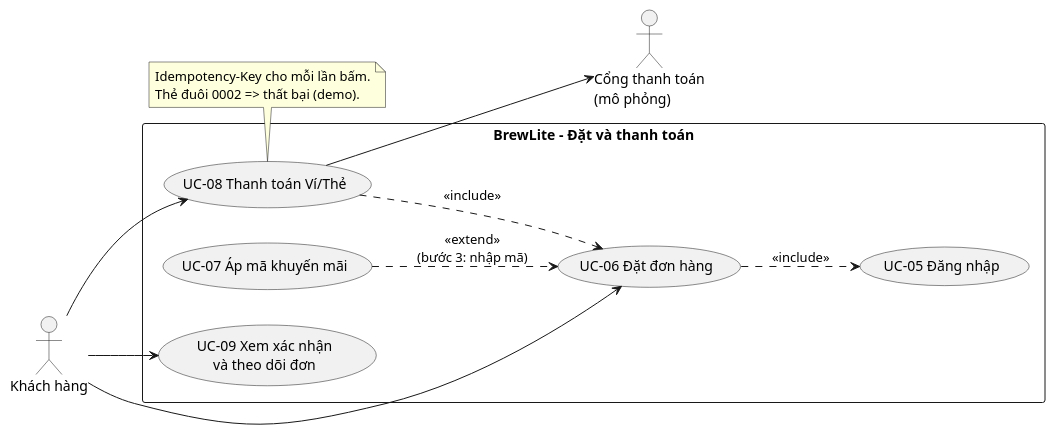
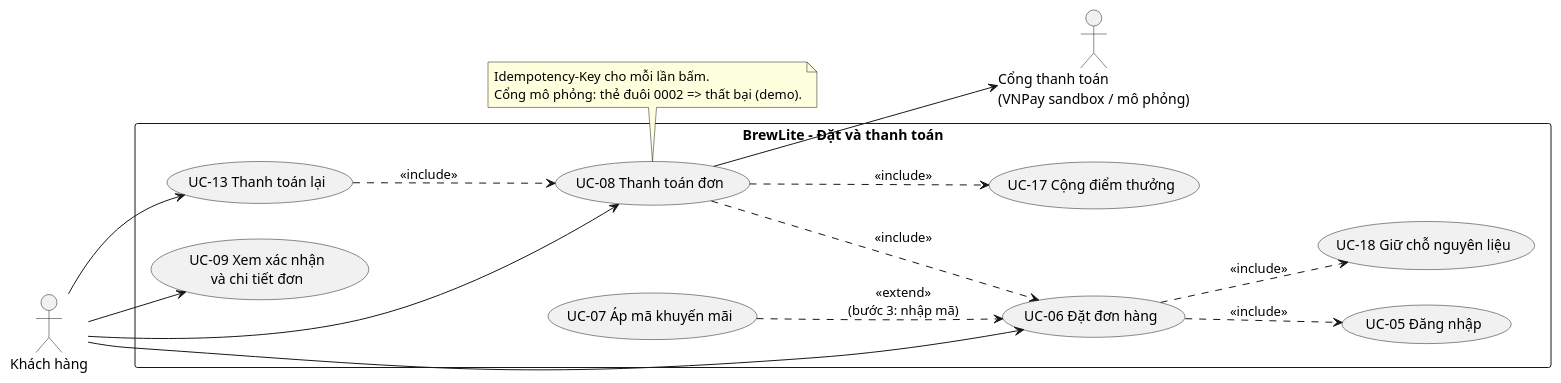
Before and after one commit to dinh-hung-116/BrewLite-Assignment2: the diagram in docs/diagrams/use-case-checkout.puml, drawn with PlantUML. The commit also changed 6 other files, not shown here.

First line of the commit message:
docs(requirements): dựng lại use case theo 19 User Story của A1

```diff
--- a/docs/diagrams/use-case-checkout.puml
+++ b/docs/diagrams/use-case-checkout.puml
@@ -1,25 +1,32 @@
 @startuml use-case-checkout
-' Use case diagram cho phạm vi UC-06 + UC-08 (Task 1.3)
+' Use case diagram cho phạm vi UC-06 + UC-08 Đặt và thanh toán (Task 1.3)
 left to right direction
 skinparam shadowing false
 actor "Khách hàng" as Customer
-actor "Cổng thanh toán\n(mô phỏng)" as Pay
+actor "Cổng thanh toán\n(VNPay sandbox / mô phỏng)" as Pay
 rectangle "BrewLite – Đặt và thanh toán" {
+  usecase "UC-07 Áp mã khuyến mãi" as UC07
   usecase "UC-06 Đặt đơn hàng" as UC06
+  usecase "UC-13 Thanh toán lại" as UC13
+  usecase "UC-08 Thanh toán đơn" as UC08
+  usecase "UC-09 Xem xác nhận\nvà chi tiết đơn" as UC09
   usecase "UC-05 Đăng nhập" as UC05
-  usecase "UC-07 Áp mã khuyến mãi" as UC07
-  usecase "UC-08 Thanh toán Ví/Thẻ" as UC08
-  usecase "UC-09 Xem xác nhận\nvà theo dõi đơn" as UC09
+  usecase "UC-18 Giữ chỗ nguyên liệu" as UC18
+  usecase "UC-17 Cộng điểm thưởng" as UC17
 }
 Customer --> UC06
 Customer --> UC08
+Customer --> UC13
 Customer --> UC09
+UC07 ..> UC06 : <<extend>>\n(bước 3: nhập mã)
+UC06 ..> UC05 : <<include>>
+UC06 ..> UC18 : <<include>>
+UC08 ..> UC06 : <<include>>
+UC08 ..> UC17 : <<include>>
+UC13 ..> UC08 : <<include>>
 UC08 --> Pay
-UC06 ..> UC05 : <<include>>
-UC07 ..> UC06 : <<extend>>\n(bước 3: nhập mã)
-UC08 ..> UC06 : <<include>>
 note bottom of UC08
   Idempotency-Key cho mỗi lần bấm.
-  Thẻ đuôi 0002 => thất bại (demo).
+  Cổng mô phỏng: thẻ đuôi 0002 => thất bại (demo).
 end note
 @enduml
```
